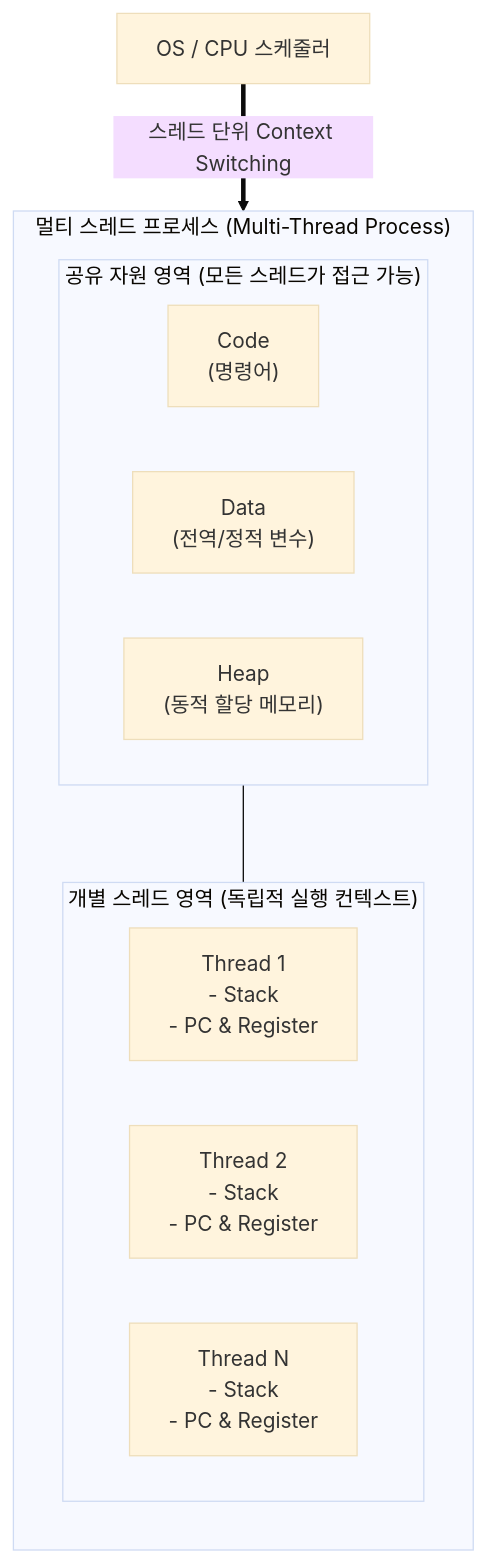
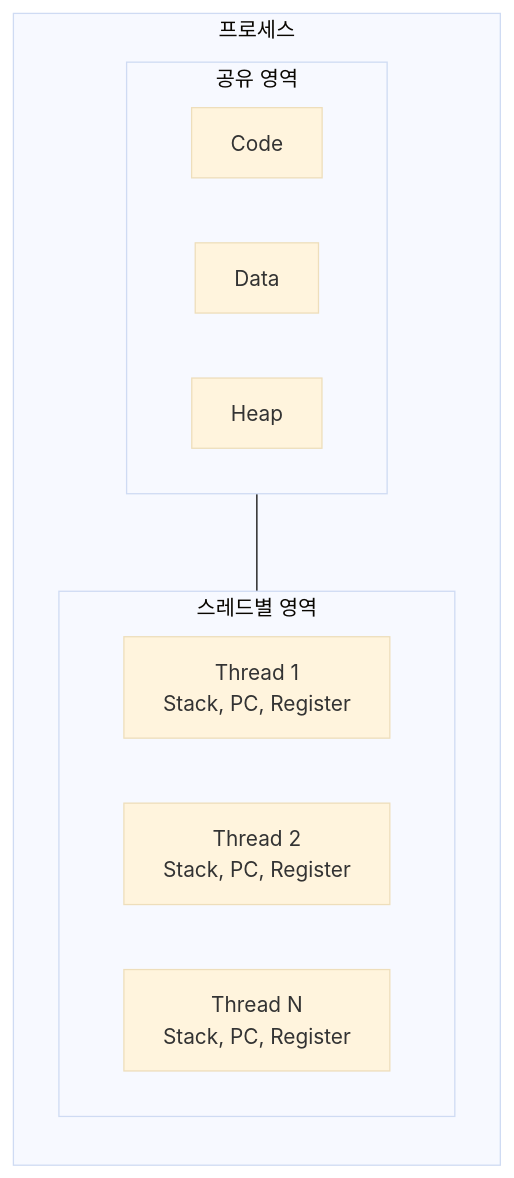
Before and after one commit to supremethumb/supremethumb.github.io: the diagram in content/01_IT Tech/멀티 쓰레드.md, drawn with Mermaid (base theme). The commit also changed other lines of this file and 1087 other files, not shown here.

````diff
--- a/content/01_IT Tech/멀티 쓰레드.md
+++ b/content/01_IT Tech/멀티 쓰레드.md
@@ -33,27 +36,19 @@
 ```mermaid
 flowchart TB
-    OS["OS / CPU 스케줄러"]
-
-    subgraph Process["멀티 스레드 프로세스 (Multi-Thread Process)"]
+    subgraph P["프로세스"]
         direction TB
-        
-        subgraph Shared["공유 자원 영역 (모든 스레드가 접근 가능)"]
+        subgraph SH["공유 영역"]
             direction LR
-            C["Code<br/>(명령어)"]
-            D["Data<br/>(전역/정적 변수)"]
-            H["Heap<br/>(동적 할당 메모리)"]
+            C["Code"]
+            D["Data"]
+            H["Heap"]
         end
-        
-        subgraph Threads["개별 스레드 영역 (독립적 실행 컨텍스트)"]
+        subgraph TH["스레드별 영역"]
             direction LR
-            T1["Thread 1<br/>- Stack<br/>- PC & Register"]
-            T2["Thread 2<br/>- Stack<br/>- PC & Register"]
-            TN["Thread N<br/>- Stack<br/>- PC & Register"]
+            T1["Thread 1<br/>Stack, PC, Register"]
+            T2["Thread 2<br/>Stack, PC, Register"]
+            TN["Thread N<br/>Stack, PC, Register"]
         end
-        
-        Shared --- Threads
+        SH --- TH
     end
-    
-    OS == "스레드 단위 Context Switching" ==> Threads
-
 ```
````
